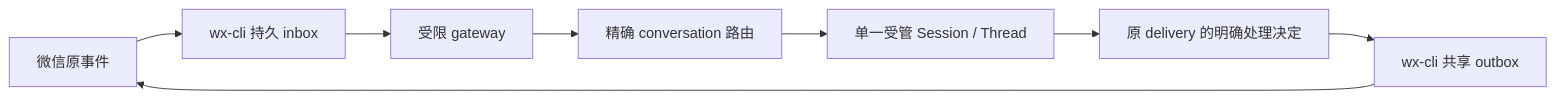
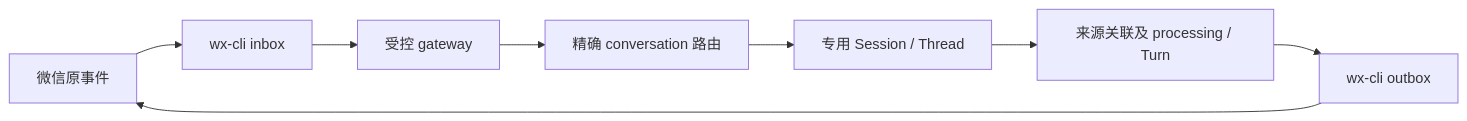
Before and after one commit to cyl19970726/evoLoop: the diagram in docs/architecture/message-connectors.md, drawn with Mermaid. The commit also changed other lines of this file and 39 other files, not shown here.

````diff
--- a/docs/architecture/message-connectors.md
+++ b/docs/architecture/message-connectors.md
@@ -5,10 +5,10 @@
 ```mermaid
 flowchart LR
-  W[微信原事件] --> I[wx-cli 持久 inbox]
-  I --> G[受限 gateway]
+  W[微信原事件] --> I[wx-cli inbox]
+  I --> G[受控 gateway]
   G --> R[精确 conversation 路由]
-  R --> S[单一受管 Session / Thread]
-  S --> D[原 delivery 的明确处理决定]
-  D --> O[wx-cli 共享 outbox]
+  R --> S[专用 Session / Thread]
+  S --> P[来源关联及 processing / Turn]
+  P --> O[wx-cli outbox]
   O --> W
 ```
````
